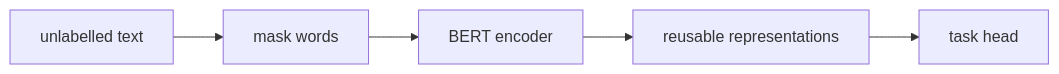
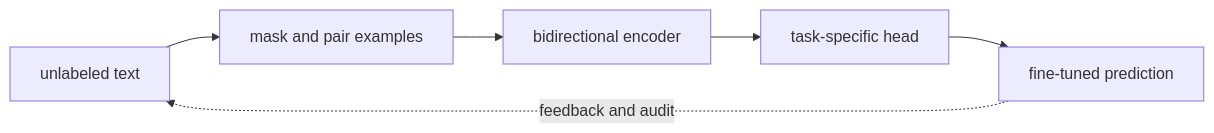
Before and after one commit to niyama-admin/learning-lab: the first of 2 diagrams in llm-learning-repository/tutorials/01-foundations/02-bert.md, drawn with Mermaid. The commit also changed other lines of this file and 24 other files, not shown here.

````diff
--- a/llm-learning-repository/tutorials/01-foundations/02-bert.md
+++ b/llm-learning-repository/tutorials/01-foundations/02-bert.md
@@ -9,7 +22,8 @@
 ```mermaid
 flowchart LR
-  A["unlabelled text"] --> B["mask words"]
-  B["mask words"] --> C["BERT encoder"]
-  C["BERT encoder"] --> D["reusable representations"]
-  D["reusable representations"] --> E["task head"]
+  A["unlabeled text"] --> B["mask and pair examples"]
+  B --> C["bidirectional encoder"]
+  C --> D["task-specific head"]
+  D --> E["fine-tuned prediction"]
+  E -. feedback and audit .-> A
 ```
````
